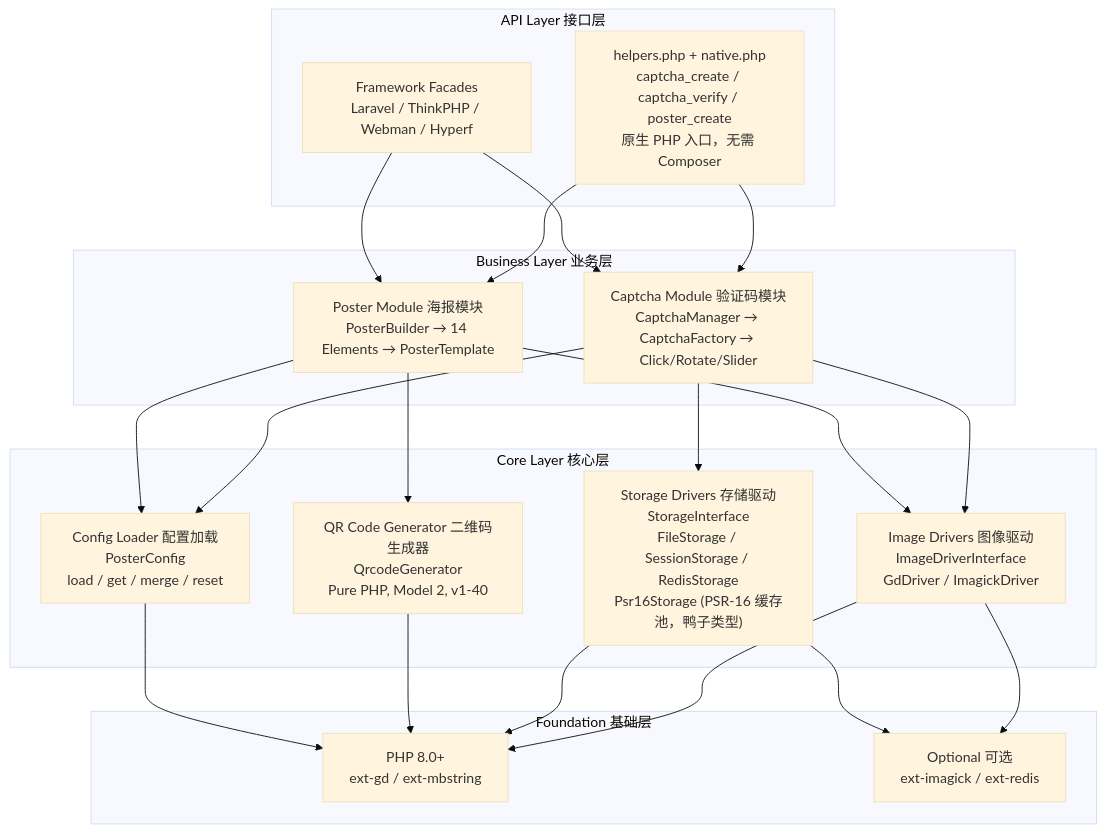
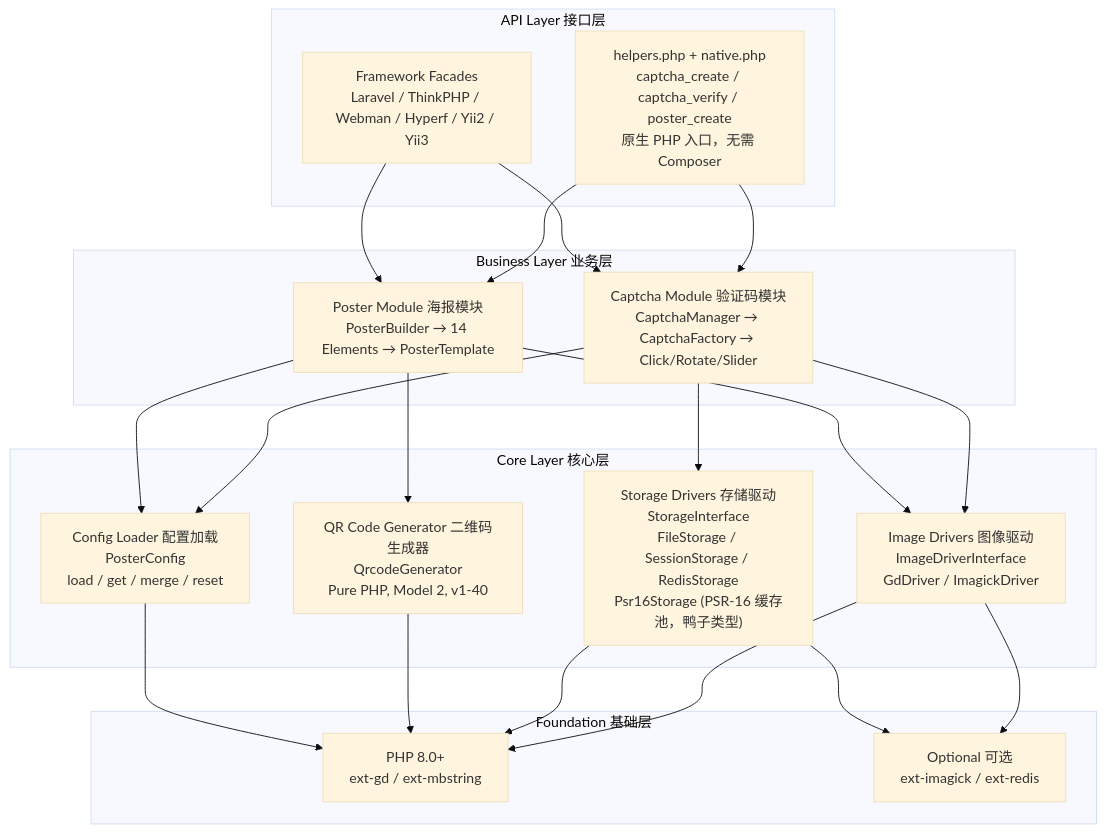
The first of 11 diagrams in docs/architecture.md (erikwang2013/poster-php), drawn with Mermaid (base theme) before and after one commit. The commit also changed other lines of this file and 52 other files, not shown here.

First line of the commit message:
docs(i18n): 12 语言文档与图表同步 Yii 适配

````diff
--- a/docs/architecture.md
+++ b/docs/architecture.md
@@ -9,44 +9,44 @@
 ```mermaid
 graph TB
     subgraph "API Layer 接口层"
         HELPERS["helpers.php + native.php<br/>captcha_create / captcha_verify / poster_create<br/>原生 PHP 入口，无需 Composer"]
-        FACADES["Framework Facades<br/>Laravel / ThinkPHP / Webman / Hyperf"]
+        FACADES["Framework Facades<br/>Laravel / ThinkPHP / Webman / Hyperf / Yii2 / Yii3"]
     end
 
     subgraph "Business Layer 业务层"
         CAPTCHA["Captcha Module 验证码模块<br/>CaptchaManager → CaptchaFactory → Click/Rotate/Slider"]
         POSTER["Poster Module 海报模块<br/>PosterBuilder → 14 Elements → PosterTemplate"]
     end
 
     subgraph "Core Layer 核心层"
         DRIVERS["Image Drivers 图像驱动<br/>ImageDriverInterface<br/>GdDriver / ImagickDriver"]
         STORAGE["Storage Drivers 存储驱动<br/>StorageInterface<br/>FileStorage / SessionStorage / RedisStorage<br/>Psr16Storage (PSR-16 缓存池，鸭子类型)"]
         QRCODE["QR Code Generator 二维码生成器<br/>QrcodeGenerator<br/>Pure PHP, Model 2, v1-40"]
         CONFIG["Config Loader 配置加载<br/>PosterConfig<br/>load / get / merge / reset"]
     end
 
     subgraph "Foundation 基础层"
         PHP["PHP 8.0+<br/>ext-gd / ext-mbstring"]
         OPTIONAL["Optional 可选<br/>ext-imagick / ext-redis"]
     end
 
     HELPERS --> CAPTCHA
     HELPERS --> POSTER
     FACADES --> CAPTCHA
     FACADES --> POSTER
 
     CAPTCHA --> DRIVERS
     CAPTCHA --> STORAGE
     CAPTCHA --> CONFIG
 
     POSTER --> DRIVERS
     POSTER --> QRCODE
     POSTER --> CONFIG
 
     DRIVERS --> PHP
     DRIVERS --> OPTIONAL
     STORAGE --> PHP
     STORAGE --> OPTIONAL
     QRCODE --> PHP
     CONFIG --> PHP
 ```
````
